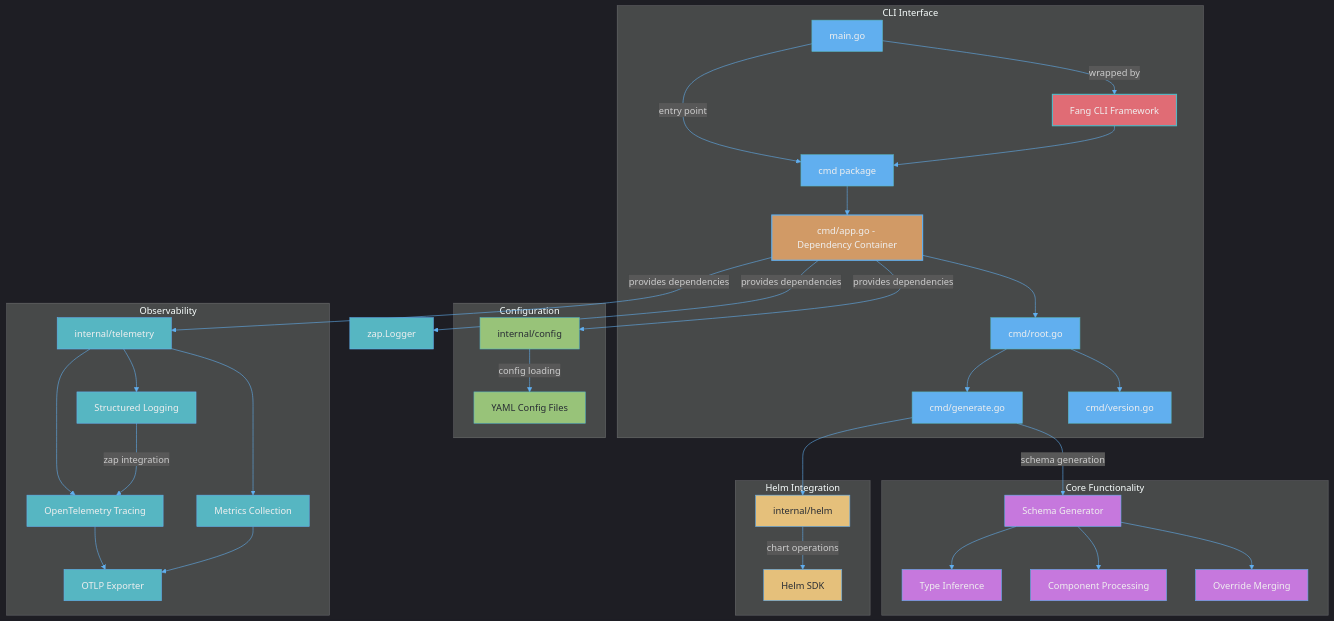
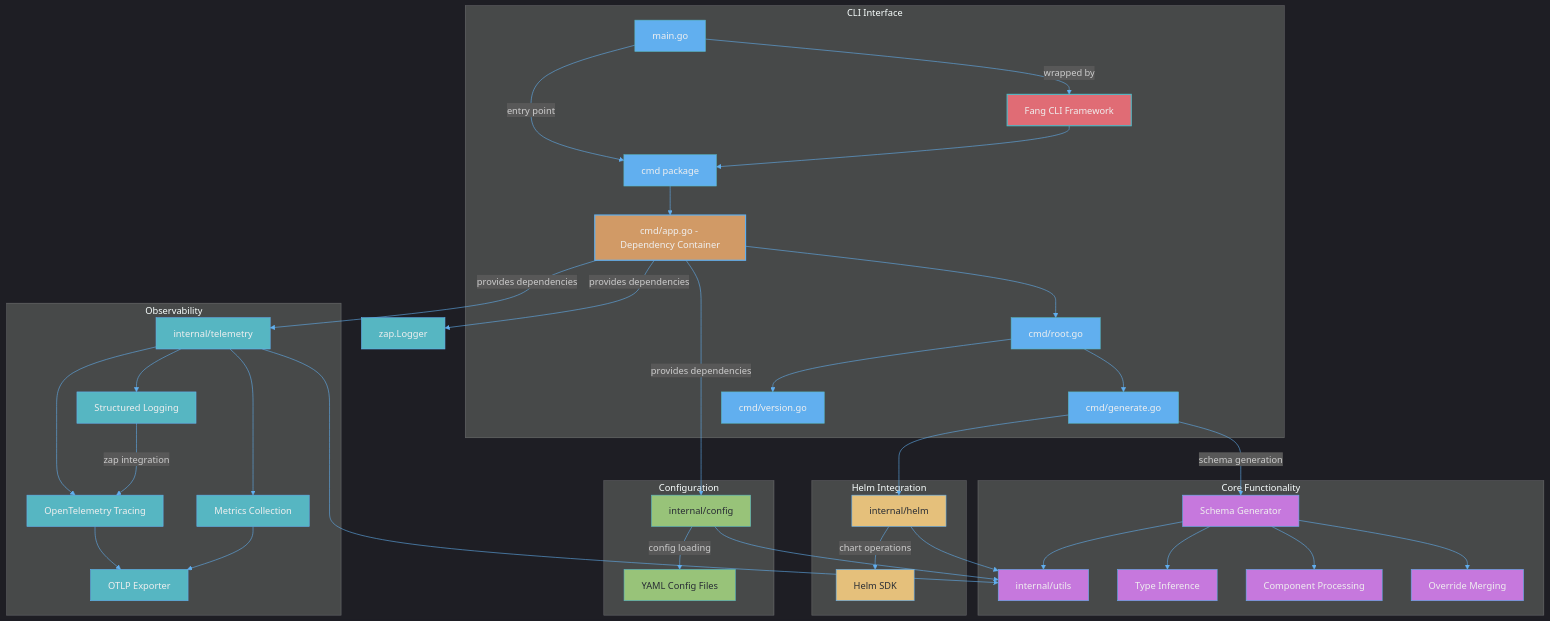
Before and after one commit to mkm29/valet: the diagram in README.md, drawn with Mermaid. The commit also changed other lines of this file and 15 other files, not shown here.

````diff
--- a/README.md
+++ b/README.md
@@ -92,11 +92,16 @@
     GenerateCmd --> Helm[internal/helm]
     Config --> |config loading| YAML[YAML Config Files]
     Helm --> |chart operations| HelmSDK[Helm SDK]
+    Config --> Utils[internal/utils]
+    Helm --> Utils
+    Telemetry --> Utils
+    SchemaGen --> Utils
 
     subgraph "Core Functionality"
         SchemaGen --> TypeInference[Type Inference]
         SchemaGen --> ComponentHandling[Component Processing]
         SchemaGen --> OverrideMerging[Override Merging]
+        Utils
     end
 
     subgraph "Helm Integration"
@@ -143,4 +148,5 @@
     class Telemetry,Tracing,Metrics,Logging,OTLP,Logger telemetry;
     class Helm,HelmSDK helm;
     class App app;
+    class Utils core;
 ```
````
